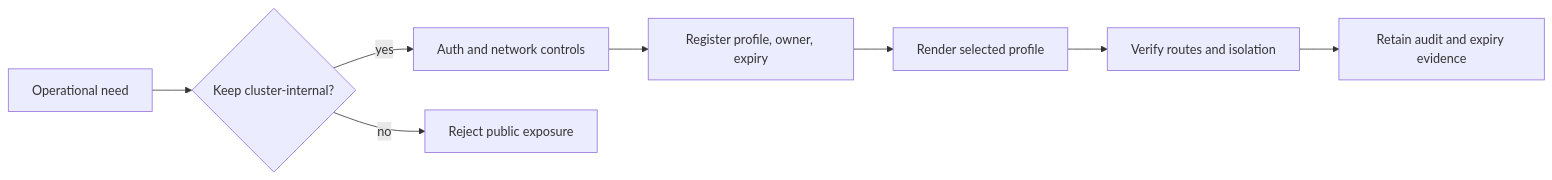
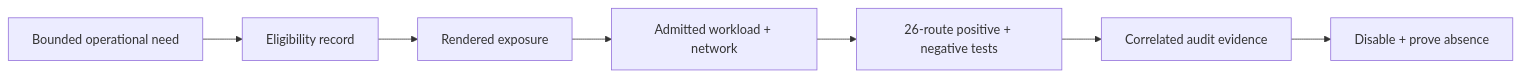
Before and after one commit to bijux/bijux-atlas: the diagram in docs/bijux-atlas-ops/kubernetes/admin-endpoints-exceptions.md, drawn with Mermaid. The commit also changed other lines of this file and 2 other files, not shown here.

Commit message:
docs(security): bind deployment controls to live exposure

````diff
--- a/docs/bijux-atlas-ops/kubernetes/admin-endpoints-exceptions.md
+++ b/docs/bijux-atlas-ops/kubernetes/admin-endpoints-exceptions.md
@@ -125,10 +47,9 @@
 ```mermaid
 flowchart LR
-    Need[Operational need] --> Internal{Keep cluster-internal?}
-    Internal -->|yes| Controls[Auth and network controls]
-    Internal -->|no| Reject[Reject public exposure]
-    Controls --> Record[Register profile, owner, expiry]
-    Record --> Render[Render selected profile]
-    Render --> Verify[Verify routes and isolation]
-    Verify --> Monitor[Retain audit and expiry evidence]
+    Need[Bounded operational need] --> Registry[Eligibility record]
+    Registry --> Render[Rendered exposure]
+    Render --> Admit[Admitted workload + network]
+    Admit --> Exercise[26-route positive + negative tests]
+    Exercise --> Audit[Correlated audit evidence]
+    Audit --> Remove[Disable + prove absence]
 ```
````
